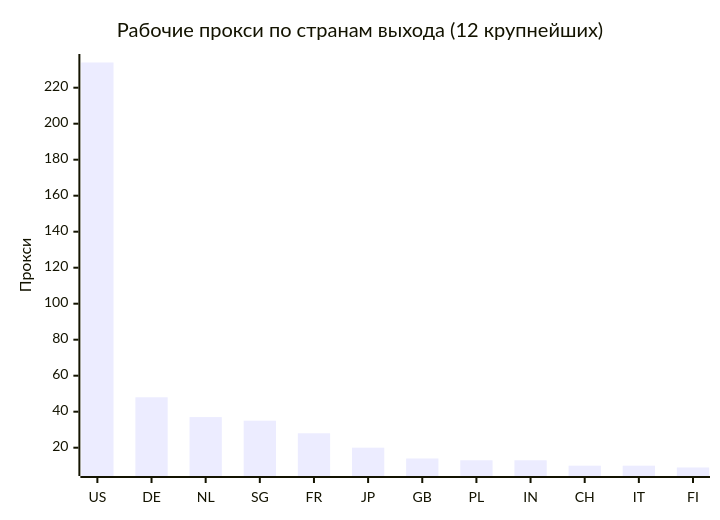
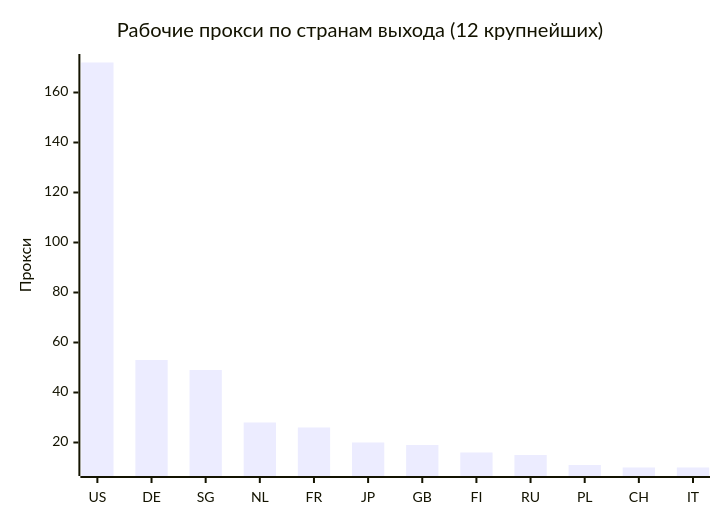
One commit to rvvg/proxy-subs changed the second of 4 diagrams in README.md. Above: the diagram before and after it, drawn with Mermaid. The commit also changed other lines of this file and 42 other files, not shown here.

````diff
--- a/README.md
+++ b/README.md
@@ -121,7 +123,7 @@
 ```mermaid
 xychart-beta
     title "Рабочие прокси по странам выхода (12 крупнейших)"
-    x-axis ["US", "DE", "NL", "SG", "FR", "JP", "GB", "PL", "IN", "CH", "IT", "FI"]
+    x-axis ["US", "DE", "SG", "NL", "FR", "JP", "GB", "FI", "RU", "PL", "CH", "IT"]
     y-axis "Прокси"
-    bar [234, 48, 37, 35, 28, 20, 14, 13, 13, 10, 10, 9]
+    bar [172, 53, 49, 28, 26, 20, 19, 16, 15, 11, 10, 10]
 ```
````
